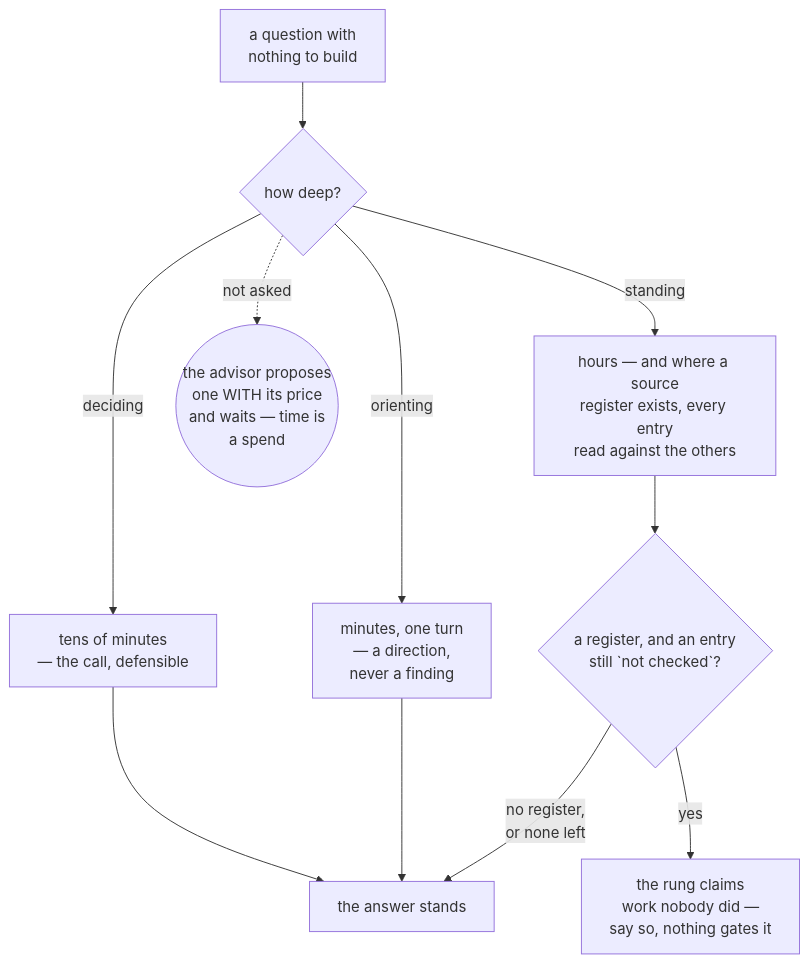
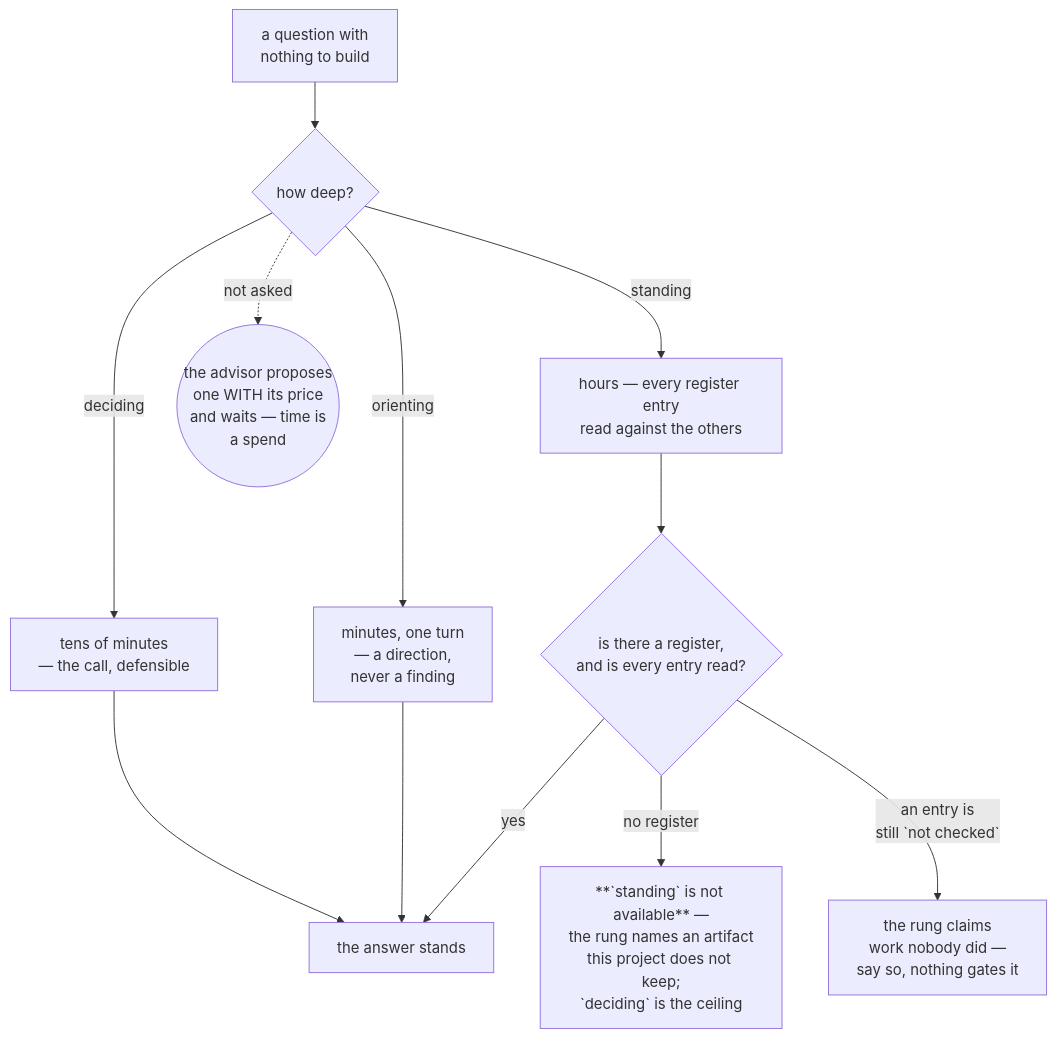
One commit to jamillazarev/opsinist changed the first of 2 diagrams in consulting.md. Above: the diagram before and after it, drawn with Mermaid. The commit also changed other lines of this file and 8 other files, not shown here.

````diff
--- a/consulting.md
+++ b/consulting.md
@@ -24,13 +27,14 @@
 ```mermaid
 flowchart TD
   Q["a question with<br/>nothing to build"] --> D{"how deep?"}
   D -->|"orienting"| O["minutes, one turn<br/>— a direction,<br/>never a finding"]
   D -->|"deciding"| E["tens of minutes<br/>— the call, defensible"]
-  D -->|"standing"| S["hours — and where a source<br/>register exists, every entry<br/>read against the others"]
+  D -->|"standing"| S["hours — every register entry<br/>read against the others"]
   D -.->|"not asked"| A(("the advisor proposes<br/>one WITH its price<br/>and waits — time is<br/>a spend"))
-  S --> V{"a register, and an entry<br/>still `not checked`?"}
-  V -->|"yes"| R["the rung claims<br/>work nobody did —<br/>say so, nothing gates it"]
-  V -->|"no register,<br/>or none left"| K["the answer stands"]
+  S --> V{"is there a register,<br/>and is every entry read?"}
+  V -->|"no register"| N["**`standing` is not available** —<br/>the rung names an artifact<br/>this project does not keep;<br/>`deciding` is the ceiling"]
+  V -->|"an entry is<br/>still `not checked`"| R["the rung claims<br/>work nobody did —<br/>say so, nothing gates it"]
+  V -->|"yes"| K["the answer stands"]
   O --> K
   E --> K
 ```
````
